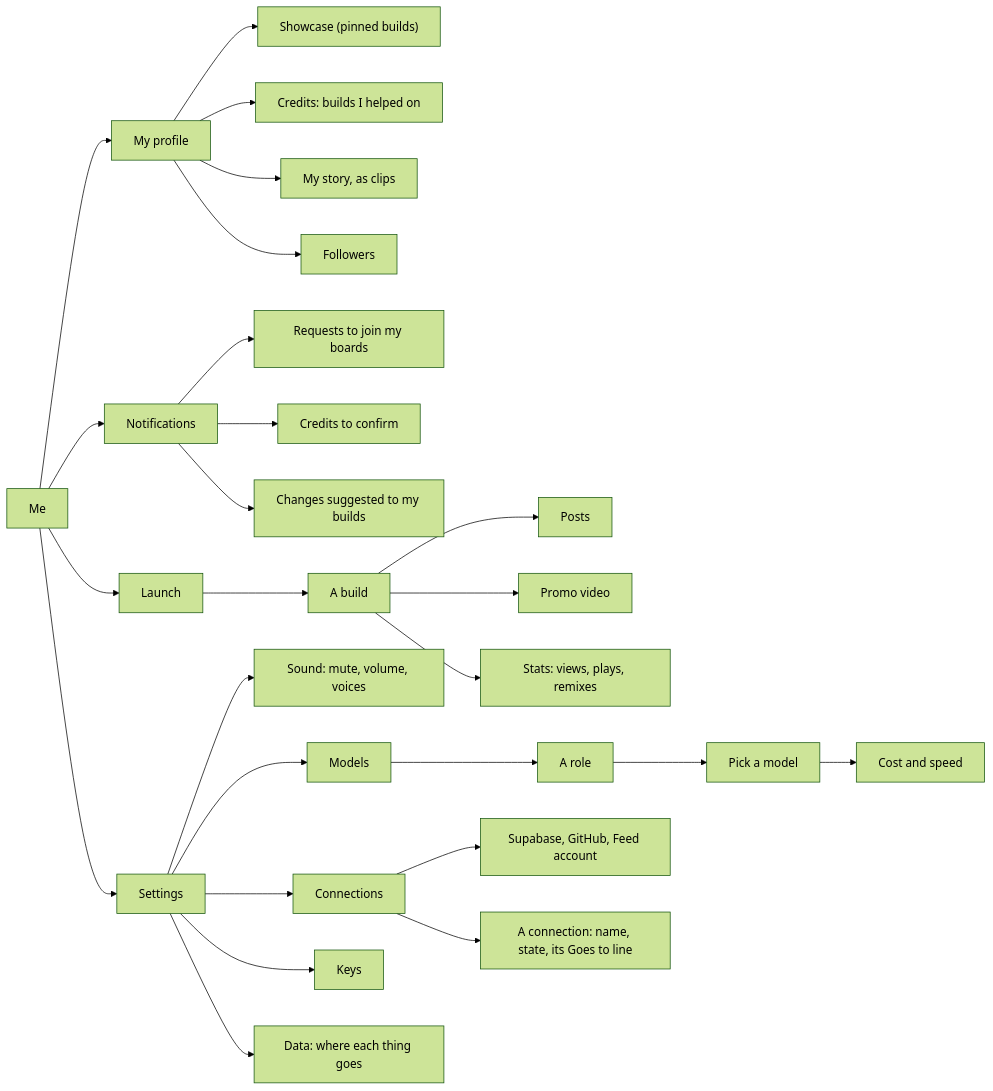
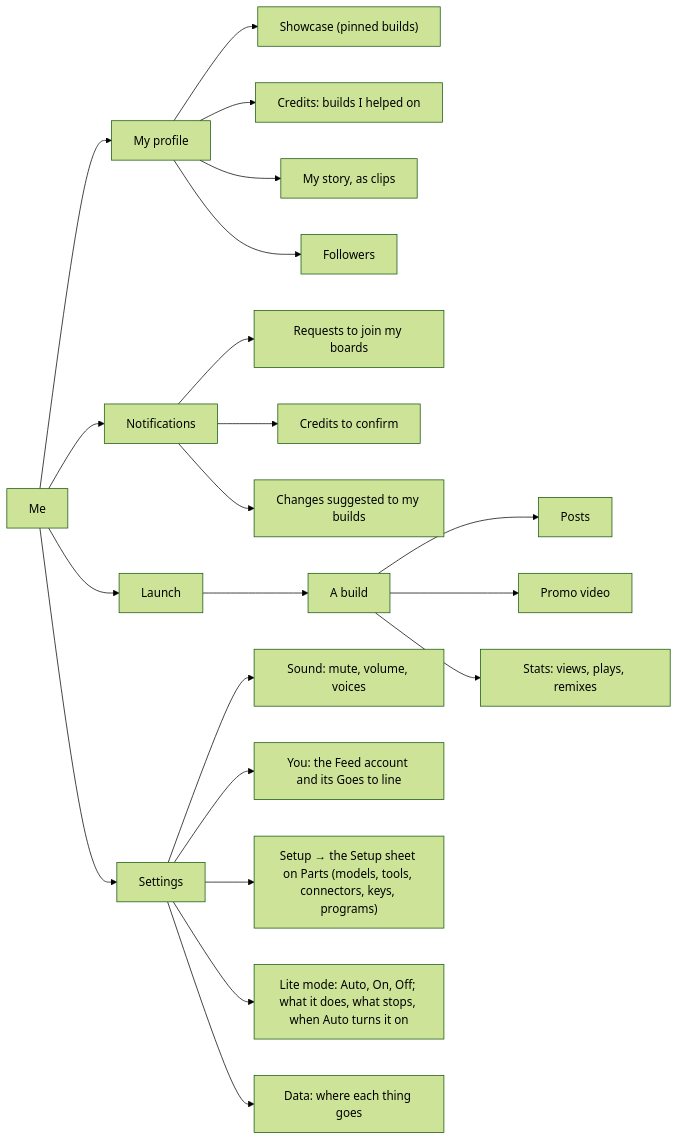
One commit to Pukujan/swarm-studio changed the ninth of 27 diagrams in docs/ux/SITEMAP.md. Above: the diagram before and after it, drawn with Mermaid (forest theme). The commit also changed other lines of this file and 13 other files, not shown here.

First line of the commit message:
Setup › Parts: what each part needs, by what you make; Settings explains Lite mode

````diff
--- a/docs/ux/SITEMAP.md
+++ b/docs/ux/SITEMAP.md
@@ -281,28 +285,23 @@
 ```mermaid
 flowchart LR
   ME[Me] --> PR[My profile]
   ME --> LA[Launch]
   ME --> NO[Notifications]
   ME --> SE[Settings]
   PR --> PR1["Showcase (pinned builds)"]
   PR --> PR2["Credits: builds I helped on"]
   PR --> PR3["My story, as clips"]
   PR --> PR4[Followers]
   NO --> NO1["Requests to join my boards"]
   NO --> NO2["Credits to confirm"]
   NO --> NO3["Changes suggested to my builds"]
   LA --> LA1[A build]
   LA1 --> LA2[Posts]
   LA1 --> LA3[Promo video]
   LA1 --> LA4["Stats: views, plays, remixes"]
   SE --> SE1["Sound: mute, volume, voices"]
-  SE --> SE2[Models]
-  SE --> SE3[Connections]
-  SE --> SE4[Keys]
-  SE2 --> SE5[A role]
-  SE5 --> SE6[Pick a model]
-  SE6 --> SE7[Cost and speed]
-  SE3 --> SE8["Supabase, GitHub, Feed account"]
+  SE --> SE11["You: the Feed account and its Goes to line"]
+  SE --> SE12["Setup → the Setup sheet on Parts (models, tools, connectors, keys, programs)"]
+  SE --> SE13["Lite mode: Auto, On, Off; what it does, what stops, when Auto turns it on"]
   SE --> SE9["Data: where each thing goes"]
-  SE3 --> SE10["A connection: name, state, its Goes to line"]
 ```
````
